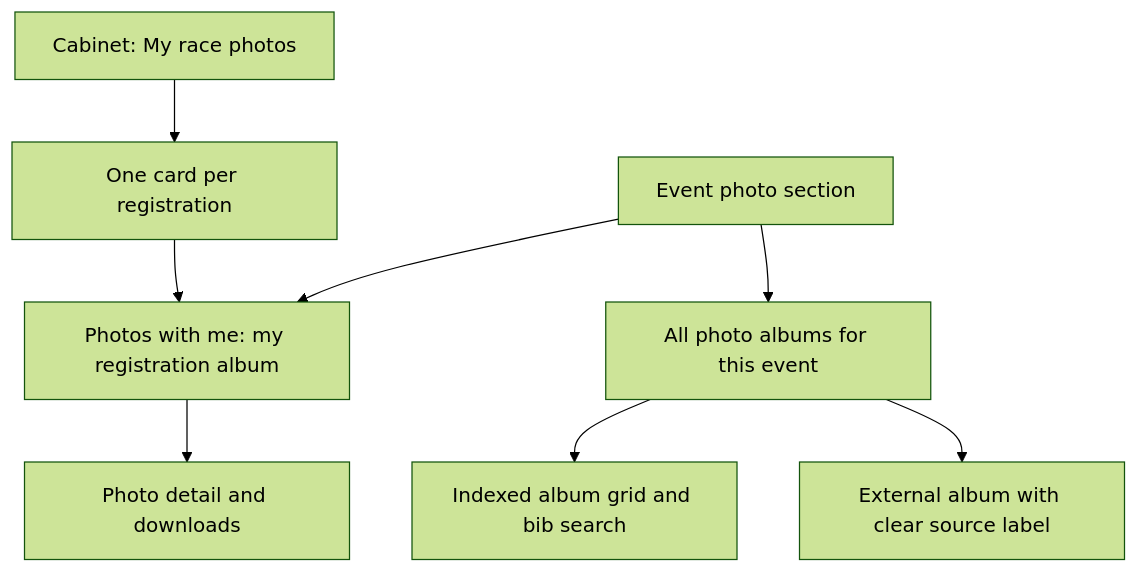
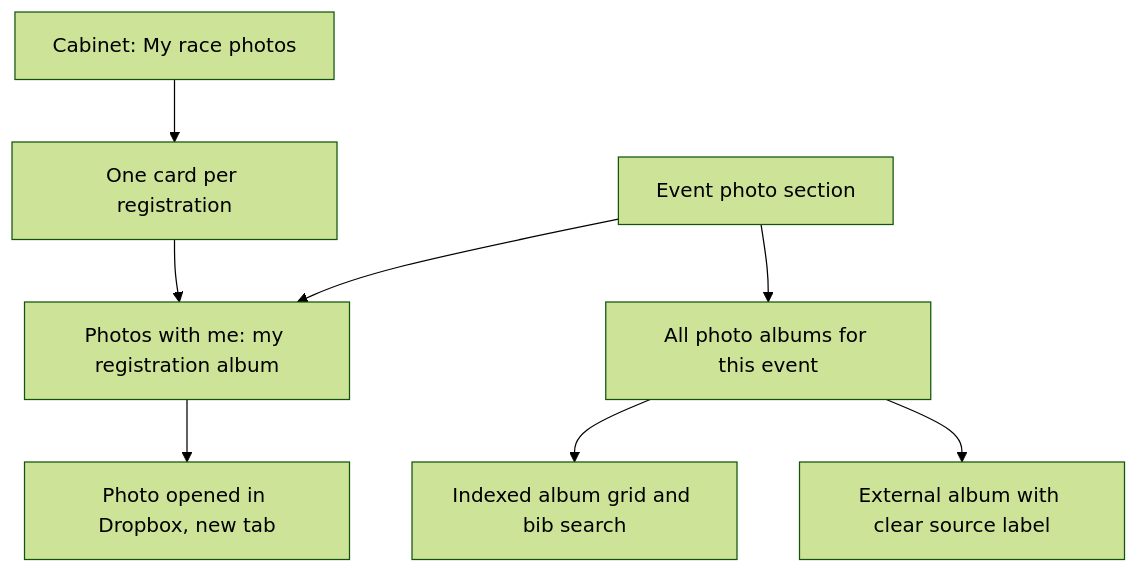
One commit to dchernykh1984/cycling-site changed the diagram in specs/349-external-photo-albums/contracts/user-journeys.md. Above: the diagram before and after it, drawn with Mermaid (forest theme). The commit also changed other lines of this file, not shown here.

Commit message:
docs(photos): open a thumbnail's photo in the storage's tab instead of a site detail page

````diff
--- a/specs/349-external-photo-albums/contracts/user-journeys.md
+++ b/specs/349-external-photo-albums/contracts/user-journeys.md
@@ -22,10 +22,10 @@
 ```mermaid
 flowchart TD
   Event[Event photo section] --> Mine[Photos with me: my registration album]
   Event --> Albums[All photo albums for this event]
   Profile[Cabinet: My race photos] --> Cards[One card per registration]
   Cards --> Mine
-  Mine --> Photo[Photo detail and downloads]
+  Mine --> Photo[Photo opened in Dropbox, new tab]
   Albums --> Indexed[Indexed album grid and bib search]
   Albums --> External[External album with clear source label]
 ```
````
